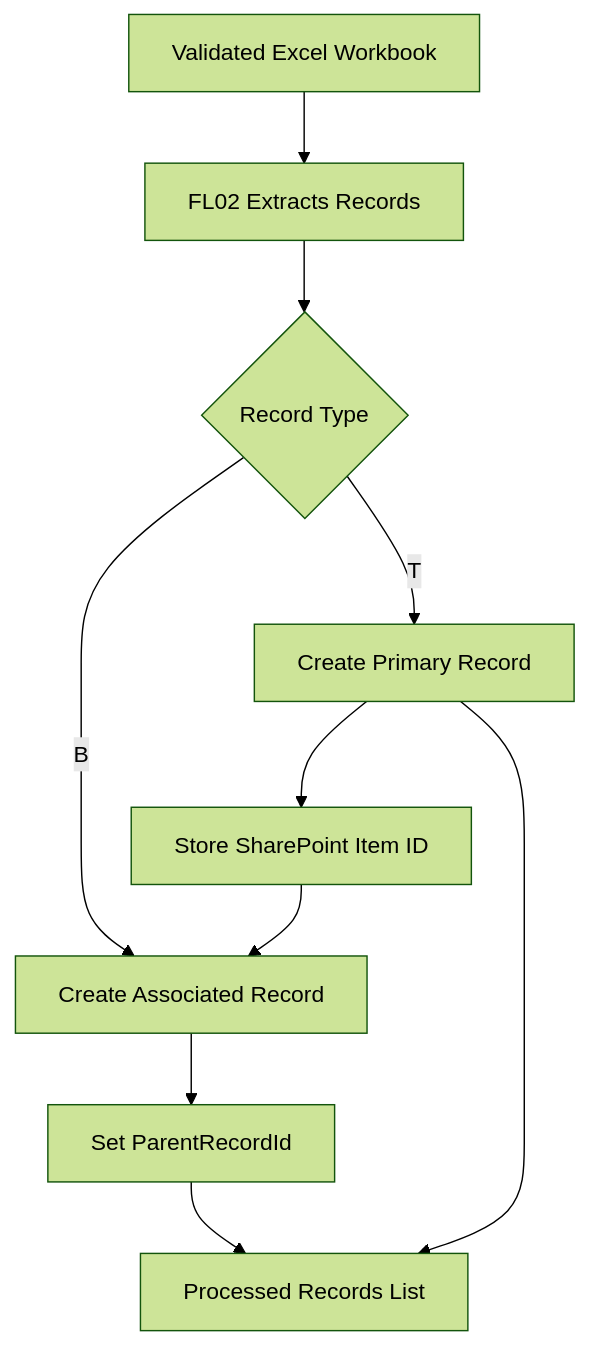
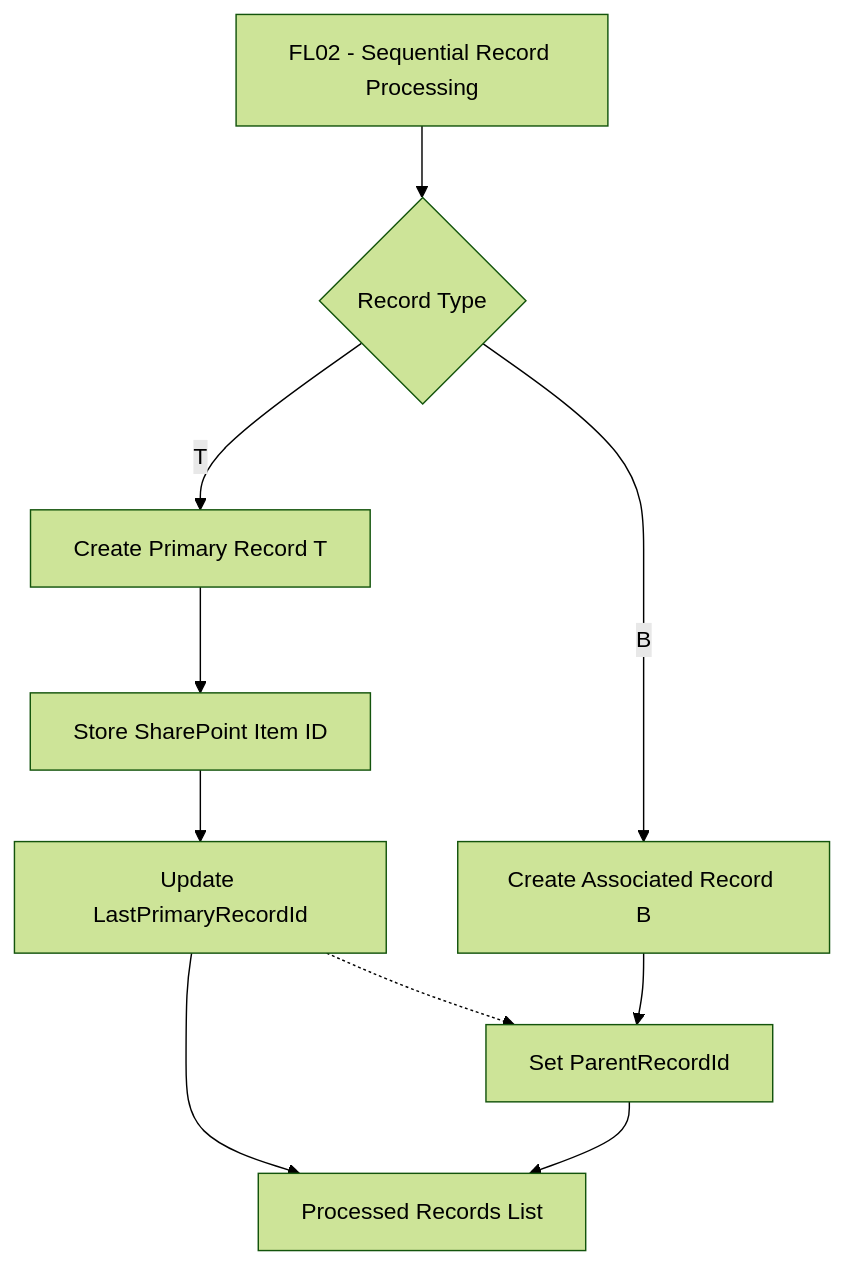
The diagram in Power-Automate/SharePoint-Excel-Automation/Sharepoint/lists/processed-records.md (smartinmunoz/power-platform-portfolio), drawn with Mermaid (forest theme) before and after one commit. The commit also changed other lines of this file, not shown here.

First line of the commit message:
docs: clarify sequential parent-child record processing

````diff
--- a/Power-Automate/SharePoint-Excel-Automation/Sharepoint/lists/processed-records.md
+++ b/Power-Automate/SharePoint-Excel-Automation/Sharepoint/lists/processed-records.md
@@ -79,12 +94,21 @@
 ```mermaid
 flowchart TD
-    A[Validated Excel Workbook] --> B[FL02 Extracts Records]
-    B --> C{Record Type}
-    C -->|T| D[Create Primary Record]
-    D --> E[Store SharePoint Item ID]
-    C -->|B| F[Create Associated Record]
-    E --> F
-    F --> G[Set ParentRecordId]
-    G --> H[Processed Records List]
-    D --> H
+    A[FL02 - Sequential Record Processing]
+    B{Record Type}
+    C[Create Primary Record T]
+    D[Store SharePoint Item ID]
+    E[Update LastPrimaryRecordId]
+    F[Create Associated Record B]
+    G[Set ParentRecordId]
+    H[Processed Records List]
+
+    A --> B
+    B -->|T| C
+    C --> D
+    D --> E
+    E --> H
+    B -->|B| F
+    E -.-> G
+    F --> G
+    G --> H
 ```
````
